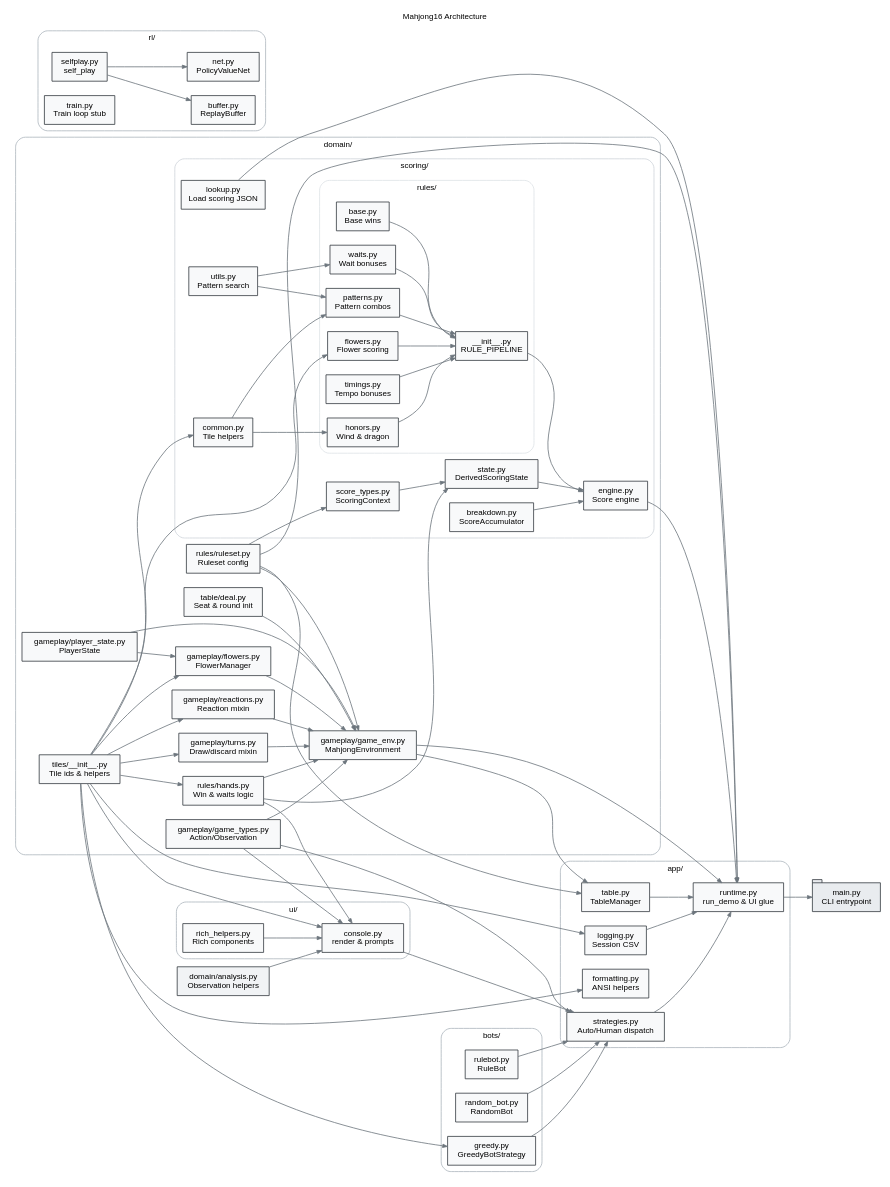
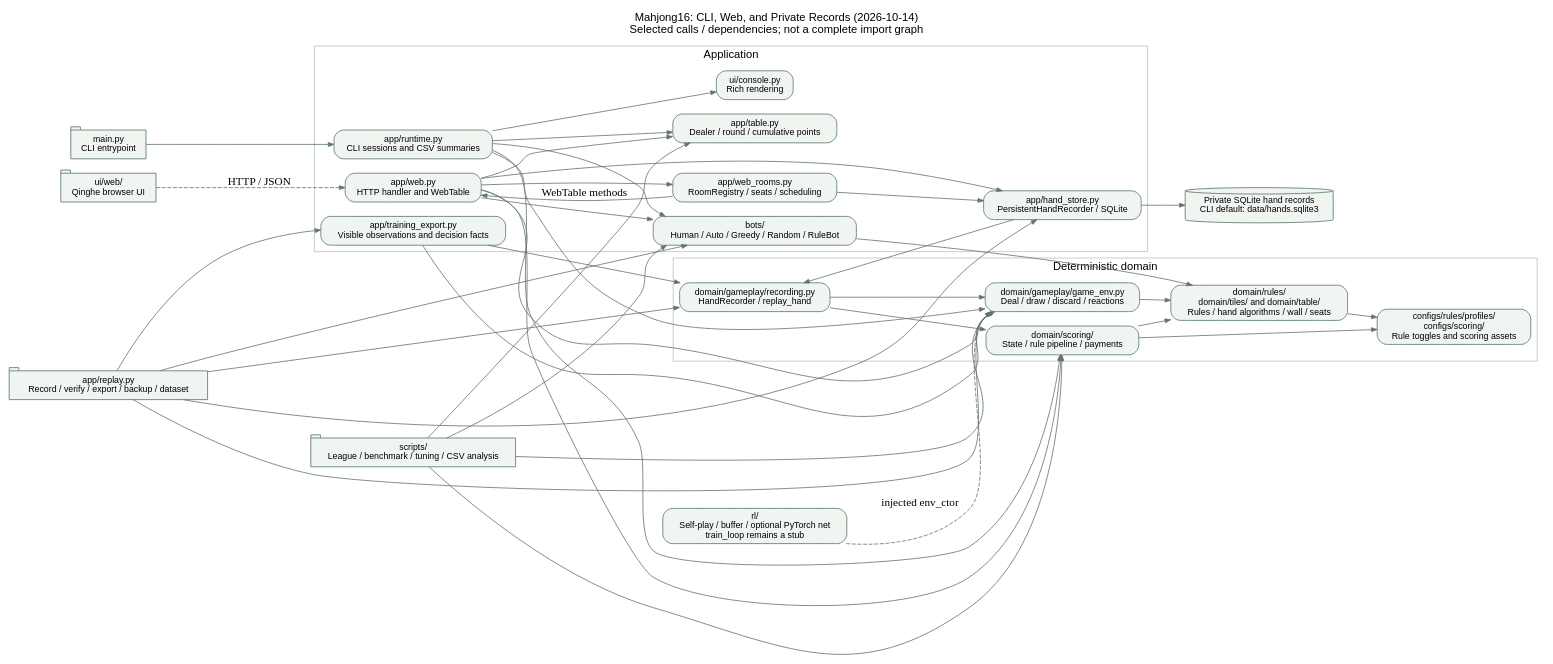
One commit to yuweiiihuang/mahjong16 changed the diagram in docs/architecture/diagram.gv. Above: the diagram before and after it, drawn with Graphviz. The commit also changed 13 other files, not shown here.

```diff
--- a/docs/architecture/diagram.gv
+++ b/docs/architecture/diagram.gv
@@ -1,165 +1,54 @@
-// Graphviz diagram of Mahjong16 modules and dependencies
+// Selected calls and dependencies; arrows point from caller to service/dependency.
+// Regenerate from the repository root: dot -Tpng docs/architecture/diagram.gv -o docs/architecture/diagram.png
 digraph Mahjong16 {
-    graph [rankdir=LR, fontsize=10, fontname="Helvetica", labelloc="t", label="Mahjong16 Architecture"];
-    node [shape=box, fontsize=10, fontname="Helvetica", style="filled", fillcolor="#f8f9fa", color="#343a40"];
-    edge [color="#6c757d", arrowsize=0.6];
+    graph [rankdir=LR, fontname="Helvetica", fontsize=14, labelloc="t",
+           label="Mahjong16: CLI, Web, and Private Records (2026-10-14)\nSelected calls / dependencies; not a complete import graph"];
+    node [shape=box, fontname="Helvetica", fontsize=11, style="rounded,filled",
+          fillcolor="#f0f5f1", color="#557563"];
+    edge [color="#65736b", arrowsize=0.7];
 
-    subgraph cluster_domain {
-        label = "domain/";
-        color = "#adb5bd";
-        style = "rounded";
-
-        domain_tiles      [label="tiles/__init__.py\nTile ids & helpers"];
-        domain_ruleset    [label="rules/ruleset.py\nRuleset config"];
-        domain_rules_hands[label="rules/hands.py\nWin & waits logic"];
-        domain_game_types [label="gameplay/game_types.py\nAction/Observation"];
-        domain_player     [label="gameplay/player_state.py\nPlayerState"];
-        domain_flowers    [label="gameplay/flowers.py\nFlowerManager"];
-        domain_turns      [label="gameplay/turns.py\nDraw/discard mixin"];
-        domain_reactions  [label="gameplay/reactions.py\nReaction mixin"];
-        domain_env        [label="gameplay/game_env.py\nMahjongEnvironment"];
-        domain_table      [label="table/deal.py\nSeat & round init"];
-
-        subgraph cluster_domain_scoring {
-            label = "scoring/";
-            color = "#ced4da";
-            style = "rounded";
-
-            domain_sc_tables    [label="lookup.py\nLoad scoring JSON"];
-            domain_sc_types     [label="score_types.py\nScoringContext"];
-            domain_sc_state     [label="state.py\nDerivedScoringState"];
-            domain_sc_engine    [label="engine.py\nScore engine"];
-            domain_sc_breakdown [label="breakdown.py\nScoreAccumulator"];
-            domain_sc_common    [label="common.py\nTile helpers"];
-            domain_sc_utils     [label="utils.py\nPattern search"];
-
-            subgraph cluster_domain_scoring_rules {
-                label = "rules/";
-                color = "#dee2e6";
-                style = "rounded";
-
-                domain_sc_rules_pipeline [label="__init__.py\nRULE_PIPELINE"];
-                domain_sc_rules_flowers  [label="flowers.py\nFlower scoring"];
-                domain_sc_rules_base     [label="base.py\nBase wins"];
-                domain_sc_rules_waits    [label="waits.py\nWait bonuses"];
-                domain_sc_rules_patterns [label="patterns.py\nPattern combos"];
-                domain_sc_rules_honors   [label="honors.py\nWind & dragon"];
-                domain_sc_rules_timings  [label="timings.py\nTempo bonuses"];
-            }
-        }
-    }
-
-    domain_analysis [label="domain/analysis.py\nObservation helpers", fillcolor="#f1f3f5"];
+    cli [label="main.py\nCLI entrypoint", shape=tab];
+    browser [label="ui/web/\nQinghe browser UI", shape=tab];
+    replay [label="app/replay.py\nRecord / verify / export / backup / dataset", shape=tab];
+    scripts [label="scripts/\nLeague / benchmark / tuning / CSV analysis", shape=tab];
 
     subgraph cluster_app {
-        label = "app/";
-        color = "#adb5bd";
-        style = "rounded";
-        app_table    [label="table.py\nTableManager"];
-        app_strat    [label="strategies.py\nAuto/Human dispatch"];
-        app_runtime  [label="runtime.py\nrun_demo & UI glue"];
-        app_logging  [label="logging.py\nSession CSV"];
-        app_format   [label="formatting.py\nANSI helpers"];
+        label="Application"; color="#b3c7ba";
+        runtime [label="app/runtime.py\nCLI sessions and CSV summaries"];
+        console [label="ui/console.py\nRich rendering"];
+        web [label="app/web.py\nHTTP handler and WebTable"];
+        rooms [label="app/web_rooms.py\nRoomRegistry / seats / scheduling"];
+        store [label="app/hand_store.py\nPersistentHandRecorder / SQLite"];
+        dataset [label="app/training_export.py\nVisible observations and decision facts"];
+        table [label="app/table.py\nDealer / round / cumulative points"];
+        bots [label="bots/\nHuman / Auto / Greedy / Random / RuleBot"];
     }
+    subgraph cluster_domain {
+        label="Deterministic domain"; color="#b3c7ba";
+        env [label="domain/gameplay/game_env.py\nDeal / draw / discard / reactions"];
+        rules [label="domain/rules/\ndomain/tiles/ and domain/table/\nRules / hand algorithms / wall / seats"];
+        scoring [label="domain/scoring/\nState / rule pipeline / payments"];
+        recording [label="domain/gameplay/recording.py\nHandRecorder / replay_hand"];
+        configs [label="configs/rules/profiles/\nconfigs/scoring/\nRule toggles and scoring assets"];
+    }
+    rl [label="rl/\nSelf-play / buffer / optional PyTorch net\ntrain_loop remains a stub"];
+    sqlite [label="Private SQLite hand records\nCLI default: data/hands.sqlite3", shape=cylinder];
 
-    subgraph cluster_ui {
-        label = "ui/";
-        color = "#adb5bd";
-        style = "rounded";
-        ui_console [label="console.py\nrender & prompts"];
-        ui_helpers [label="rich_helpers.py\nRich components"];
-    }
-
-    subgraph cluster_bots {
-        label = "bots/";
-        color = "#adb5bd";
-        style = "rounded";
-        bot_rule   [label="rulebot.py\nRuleBot"];
-        bot_random [label="random_bot.py\nRandomBot"];
-        bot_greedy [label="greedy.py\nGreedyBotStrategy"];
-    }
-
-    subgraph cluster_rl {
-        label = "rl/";
-        color = "#adb5bd";
-        style = "rounded";
-        rl_selfplay [label="selfplay.py\nself_play"];
-        rl_buffer   [label="buffer.py\nReplayBuffer"];
-        rl_net      [label="net.py\nPolicyValueNet"];
-        rl_train    [label="train.py\nTrain loop stub"];
-    }
-
-    main_cli [label="main.py\nCLI entrypoint", shape=tab, fillcolor="#e9ecef"];
-
-    // Domain dependencies
-    domain_tiles -> domain_rules_hands;
-    domain_tiles -> domain_flowers;
-    domain_tiles -> domain_turns;
-    domain_tiles -> domain_reactions;
-    domain_tiles -> domain_sc_common;
-    domain_tiles -> domain_sc_rules_flowers;
-    domain_tiles -> ui_console;
-    domain_tiles -> app_logging;
-    domain_tiles -> app_format;
-    domain_tiles -> bot_greedy;
-
-    domain_ruleset -> domain_env;
-    domain_ruleset -> domain_sc_types;
-    domain_ruleset -> app_table;
-    domain_ruleset -> app_runtime;
-
-    domain_game_types -> domain_env;
-    domain_game_types -> ui_console;
-    domain_game_types -> app_strat;
-
-    domain_player -> domain_flowers;
-    domain_player -> domain_env;
-
-    domain_rules_hands -> domain_env;
-    domain_rules_hands -> domain_sc_state;
-    domain_rules_hands -> ui_console;
-
-    domain_flowers -> domain_env;
-
-    domain_turns -> domain_env;
-    domain_reactions -> domain_env;
-    domain_table -> domain_env;
-
-    domain_analysis -> ui_console;
-
-    domain_env -> app_table;
-    domain_env -> app_runtime;
-
-    domain_sc_tables -> app_runtime;
-    domain_sc_types -> domain_sc_state;
-    domain_sc_common -> domain_sc_rules_patterns;
-    domain_sc_common -> domain_sc_rules_honors;
-    domain_sc_utils -> domain_sc_rules_patterns;
-    domain_sc_utils -> domain_sc_rules_waits;
-    domain_sc_state -> domain_sc_engine;
-    domain_sc_rules_flowers -> domain_sc_rules_pipeline;
-    domain_sc_rules_base -> domain_sc_rules_pipeline;
-    domain_sc_rules_waits -> domain_sc_rules_pipeline;
-    domain_sc_rules_patterns -> domain_sc_rules_pipeline;
-    domain_sc_rules_honors -> domain_sc_rules_pipeline;
-    domain_sc_rules_timings -> domain_sc_rules_pipeline;
-    domain_sc_rules_pipeline -> domain_sc_engine;
-    domain_sc_engine -> app_runtime;
-    domain_sc_breakdown -> domain_sc_engine;
-
-    ui_helpers -> ui_console;
-
-    app_table -> app_runtime;
-    app_strat -> app_runtime;
-    app_logging -> app_runtime;
-    ui_console -> app_strat;
-
-    bot_rule -> app_strat;
-    bot_random -> app_strat;
-    bot_greedy -> app_strat;
-
-    rl_selfplay -> rl_buffer;
-    rl_selfplay -> rl_net;
-
-    app_runtime -> main_cli;
+    cli -> runtime;
+    runtime -> {console table bots env scoring};
+    browser -> web [label="HTTP / JSON", style=dashed];
+    web -> {rooms store table bots env scoring};
+    rooms -> web [label="WebTable methods"];
+    rooms -> store;
+    store -> recording;
+    store -> sqlite;
+    replay -> {store recording dataset bots env};
+    dataset -> {recording env};
+    recording -> {env scoring};
+    env -> rules;
+    scoring -> {rules configs};
+    rules -> configs;
+    bots -> rules;
+    scripts -> {table bots env scoring};
+    rl -> env [label="injected env_ctor", style=dashed];
 }
```
